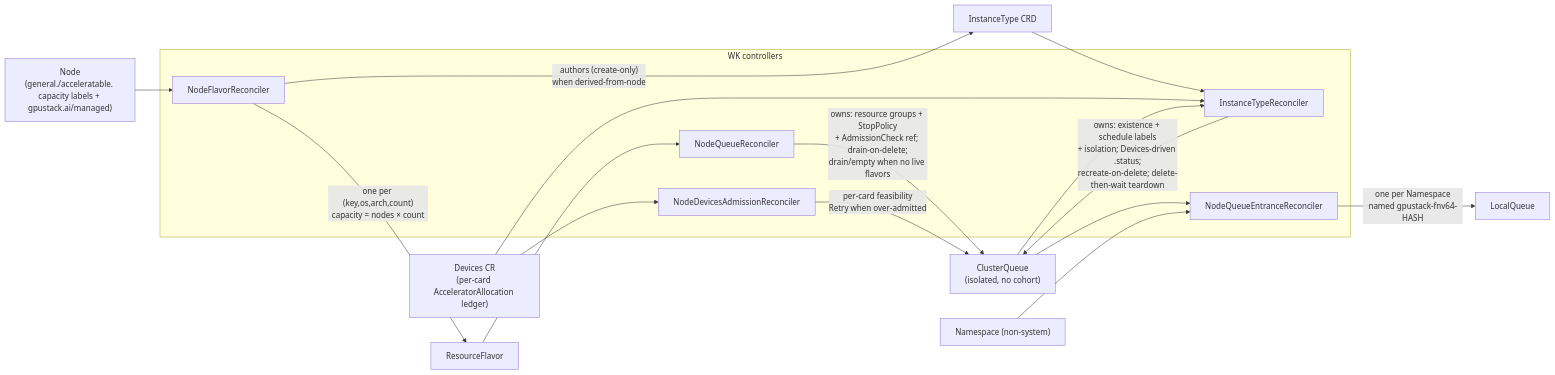
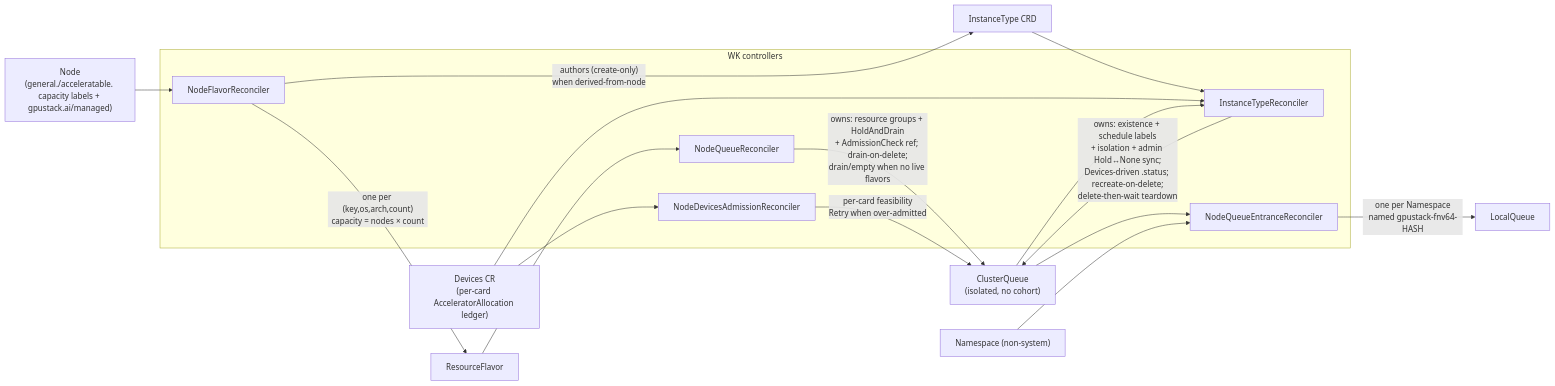
One commit to gpustack/gpustack-operator changed the second of 2 diagrams in docs/architecture.md. Above: the diagram before and after it, drawn with Mermaid. The commit also changed other lines of this file, not shown here.

First line of the commit message:
docs(architecture): align running-instance stop and StopPolicy ownership with the shipped model

````diff
--- a/docs/architecture.md
+++ b/docs/architecture.md
@@ -204,28 +204,28 @@
 ```mermaid
 flowchart LR
     NODE["Node<br/>(general./acceleratable. capacity labels + gpustack.ai/managed)"]
     DEV["Devices CR<br/>(per-card AcceleratorAllocation ledger)"]
 
     subgraph controllers["WK controllers"]
         NFR["NodeFlavorReconciler"]
         ITR["InstanceTypeReconciler"]
         NQR["NodeQueueReconciler"]
         NQE["NodeQueueEntranceReconciler"]
         AC["NodeDevicesAdmissionReconciler"]
     end
 
     NODE --> NFR
     NFR -- "one per (key,os,arch,count)<br/>capacity = nodes × count" --> RF["ResourceFlavor"]
     NFR -- "authors (create-only)<br/>when derived-from-node" --> IT["InstanceType CRD"]
     IT --> ITR
     DEV --> ITR
-    ITR -- "owns: existence + schedule labels<br/>+ isolation; Devices-driven .status;<br/>recreate-on-delete; delete-then-wait teardown" --> CQ["ClusterQueue<br/>(isolated, no cohort)"]
+    ITR -- "owns: existence + schedule labels<br/>+ isolation + admin Hold↔None sync;<br/>Devices-driven .status; recreate-on-delete;<br/>delete-then-wait teardown" --> CQ["ClusterQueue<br/>(isolated, no cohort)"]
     RF --> NQR
-    NQR -- "owns: resource groups + StopPolicy<br/>+ AdmissionCheck ref; drain-on-delete;<br/>drain/empty when no live flavors" --> CQ
+    NQR -- "owns: resource groups + HoldAndDrain<br/>+ AdmissionCheck ref; drain-on-delete;<br/>drain/empty when no live flavors" --> CQ
     CQ --> ITR
     CQ --> NQE
     NS["Namespace (non-system)"] --> NQE
     NQE -- "one per Namespace<br/>named gpustack-fnv64-HASH" --> LQ["LocalQueue"]
     DEV --> AC
     AC -- "per-card feasibility<br/>Retry when over-admitted" --> CQ
 ```
````
